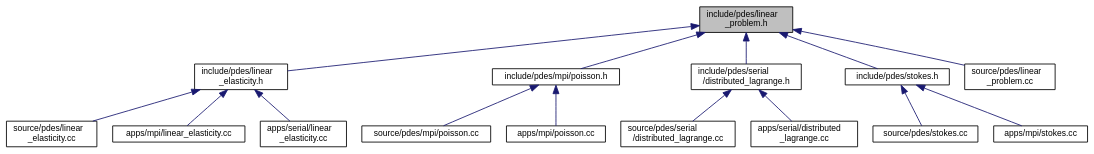
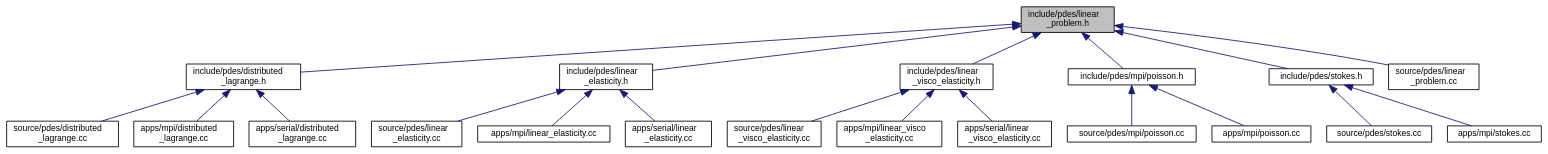
Before and after one commit to fdrmrc/fsi-suite: the diagram in linear__problem_8h__dep__incl.dot, drawn with Graphviz. The commit also changed 1256 other files, not shown here.

```diff
--- a/linear__problem_8h__dep__incl.dot
+++ b/linear__problem_8h__dep__incl.dot
@@ -1,36 +1,46 @@
 digraph "include/pdes/linear_problem.h"
 {
  // LATEX_PDF_SIZE
   bgcolor="transparent";
   edge [fontname="Helvetica",fontsize="10",labelfontname="Helvetica",labelfontsize="10"];
   node [fontname="Helvetica",fontsize="10",shape=record];
   Node1 [label="include/pdes/linear\l_problem.h",height=0.2,width=0.4,color="black", fillcolor="grey75", style="filled", fontcolor="black",tooltip=" "];
   Node1 -> Node2 [dir="back",color="midnightblue",fontsize="10",style="solid",fontname="Helvetica"];
-  Node2 [label="include/pdes/linear\l_elasticity.h",height=0.2,width=0.4,color="black",URL="$linear__elasticity_8h.html",tooltip=" "];
+  Node2 [label="include/pdes/distributed\l_lagrange.h",height=0.2,width=0.4,color="black",URL="$distributed__lagrange_8h.html",tooltip=" "];
   Node2 -> Node3 [dir="back",color="midnightblue",fontsize="10",style="solid",fontname="Helvetica"];
-  Node3 [label="source/pdes/linear\l_elasticity.cc",height=0.2,width=0.4,color="black",URL="$source_2pdes_2linear__elasticity_8cc.html",tooltip=" "];
+  Node3 [label="source/pdes/distributed\l_lagrange.cc",height=0.2,width=0.4,color="black",URL="$source_2pdes_2distributed__lagrange_8cc.html",tooltip=" "];
   Node2 -> Node4 [dir="back",color="midnightblue",fontsize="10",style="solid",fontname="Helvetica"];
-  Node4 [label="apps/mpi/linear_elasticity.cc",height=0.2,width=0.4,color="black",URL="$apps_2mpi_2linear__elasticity_8cc.html",tooltip=" "];
+  Node4 [label="apps/mpi/distributed\l_lagrange.cc",height=0.2,width=0.4,color="black",URL="$apps_2mpi_2distributed__lagrange_8cc.html",tooltip=" "];
   Node2 -> Node5 [dir="back",color="midnightblue",fontsize="10",style="solid",fontname="Helvetica"];
-  Node5 [label="apps/serial/linear\l_elasticity.cc",height=0.2,width=0.4,color="black",URL="$apps_2serial_2linear__elasticity_8cc.html",tooltip=" "];
+  Node5 [label="apps/serial/distributed\l_lagrange.cc",height=0.2,width=0.4,color="black",URL="$apps_2serial_2distributed__lagrange_8cc.html",tooltip=" "];
   Node1 -> Node6 [dir="back",color="midnightblue",fontsize="10",style="solid",fontname="Helvetica"];
-  Node6 [label="include/pdes/mpi/poisson.h",height=0.2,width=0.4,color="black",URL="$mpi_2poisson_8h.html",tooltip=" "];
+  Node6 [label="include/pdes/linear\l_elasticity.h",height=0.2,width=0.4,color="black",URL="$linear__elasticity_8h.html",tooltip=" "];
   Node6 -> Node7 [dir="back",color="midnightblue",fontsize="10",style="solid",fontname="Helvetica"];
-  Node7 [label="source/pdes/mpi/poisson.cc",height=0.2,width=0.4,color="black",URL="$source_2pdes_2mpi_2poisson_8cc.html",tooltip=" "];
+  Node7 [label="source/pdes/linear\l_elasticity.cc",height=0.2,width=0.4,color="black",URL="$source_2pdes_2linear__elasticity_8cc.html",tooltip=" "];
   Node6 -> Node8 [dir="back",color="midnightblue",fontsize="10",style="solid",fontname="Helvetica"];
-  Node8 [label="apps/mpi/poisson.cc",height=0.2,width=0.4,color="black",URL="$apps_2mpi_2poisson_8cc.html",tooltip=" "];
-  Node1 -> Node9 [dir="back",color="midnightblue",fontsize="10",style="solid",fontname="Helvetica"];
-  Node9 [label="include/pdes/serial\l/distributed_lagrange.h",height=0.2,width=0.4,color="black",URL="$distributed__lagrange_8h.html",tooltip=" "];
-  Node9 -> Node10 [dir="back",color="midnightblue",fontsize="10",style="solid",fontname="Helvetica"];
-  Node10 [label="source/pdes/serial\l/distributed_lagrange.cc",height=0.2,width=0.4,color="black",URL="$source_2pdes_2serial_2distributed__lagrange_8cc.html",tooltip=" "];
-  Node9 -> Node11 [dir="back",color="midnightblue",fontsize="10",style="solid",fontname="Helvetica"];
-  Node11 [label="apps/serial/distributed\l_lagrange.cc",height=0.2,width=0.4,color="black",URL="$apps_2serial_2distributed__lagrange_8cc.html",tooltip=" "];
-  Node1 -> Node12 [dir="back",color="midnightblue",fontsize="10",style="solid",fontname="Helvetica"];
-  Node12 [label="include/pdes/stokes.h",height=0.2,width=0.4,color="black",URL="$stokes_8h.html",tooltip=" "];
-  Node12 -> Node13 [dir="back",color="midnightblue",fontsize="10",style="solid",fontname="Helvetica"];
-  Node13 [label="source/pdes/stokes.cc",height=0.2,width=0.4,color="black",URL="$source_2pdes_2stokes_8cc.html",tooltip=" "];
-  Node12 -> Node14 [dir="back",color="midnightblue",fontsize="10",style="solid",fontname="Helvetica"];
-  Node14 [label="apps/mpi/stokes.cc",height=0.2,width=0.4,color="black",URL="$apps_2mpi_2stokes_8cc.html",tooltip=" "];
-  Node1 -> Node15 [dir="back",color="midnightblue",fontsize="10",style="solid",fontname="Helvetica"];
-  Node15 [label="source/pdes/linear\l_problem.cc",height=0.2,width=0.4,color="black",URL="$linear__problem_8cc.html",tooltip=" "];
+  Node8 [label="apps/mpi/linear_elasticity.cc",height=0.2,width=0.4,color="black",URL="$apps_2mpi_2linear__elasticity_8cc.html",tooltip=" "];
+  Node6 -> Node9 [dir="back",color="midnightblue",fontsize="10",style="solid",fontname="Helvetica"];
+  Node9 [label="apps/serial/linear\l_elasticity.cc",height=0.2,width=0.4,color="black",URL="$apps_2serial_2linear__elasticity_8cc.html",tooltip=" "];
+  Node1 -> Node10 [dir="back",color="midnightblue",fontsize="10",style="solid",fontname="Helvetica"];
+  Node10 [label="include/pdes/linear\l_visco_elasticity.h",height=0.2,width=0.4,color="black",URL="$linear__visco__elasticity_8h.html",tooltip=" "];
+  Node10 -> Node11 [dir="back",color="midnightblue",fontsize="10",style="solid",fontname="Helvetica"];
+  Node11 [label="source/pdes/linear\l_visco_elasticity.cc",height=0.2,width=0.4,color="black",URL="$source_2pdes_2linear__visco__elasticity_8cc.html",tooltip=" "];
+  Node10 -> Node12 [dir="back",color="midnightblue",fontsize="10",style="solid",fontname="Helvetica"];
+  Node12 [label="apps/mpi/linear_visco\l_elasticity.cc",height=0.2,width=0.4,color="black",URL="$apps_2mpi_2linear__visco__elasticity_8cc.html",tooltip=" "];
+  Node10 -> Node13 [dir="back",color="midnightblue",fontsize="10",style="solid",fontname="Helvetica"];
+  Node13 [label="apps/serial/linear\l_visco_elasticity.cc",height=0.2,width=0.4,color="black",URL="$apps_2serial_2linear__visco__elasticity_8cc.html",tooltip=" "];
+  Node1 -> Node14 [dir="back",color="midnightblue",fontsize="10",style="solid",fontname="Helvetica"];
+  Node14 [label="include/pdes/mpi/poisson.h",height=0.2,width=0.4,color="black",URL="$mpi_2poisson_8h.html",tooltip=" "];
+  Node14 -> Node15 [dir="back",color="midnightblue",fontsize="10",style="solid",fontname="Helvetica"];
+  Node15 [label="source/pdes/mpi/poisson.cc",height=0.2,width=0.4,color="black",URL="$source_2pdes_2mpi_2poisson_8cc.html",tooltip=" "];
+  Node14 -> Node16 [dir="back",color="midnightblue",fontsize="10",style="solid",fontname="Helvetica"];
+  Node16 [label="apps/mpi/poisson.cc",height=0.2,width=0.4,color="black",URL="$apps_2mpi_2poisson_8cc.html",tooltip=" "];
+  Node1 -> Node17 [dir="back",color="midnightblue",fontsize="10",style="solid",fontname="Helvetica"];
+  Node17 [label="include/pdes/stokes.h",height=0.2,width=0.4,color="black",URL="$stokes_8h.html",tooltip=" "];
+  Node17 -> Node18 [dir="back",color="midnightblue",fontsize="10",style="solid",fontname="Helvetica"];
+  Node18 [label="source/pdes/stokes.cc",height=0.2,width=0.4,color="black",URL="$source_2pdes_2stokes_8cc.html",tooltip=" "];
+  Node17 -> Node19 [dir="back",color="midnightblue",fontsize="10",style="solid",fontname="Helvetica"];
+  Node19 [label="apps/mpi/stokes.cc",height=0.2,width=0.4,color="black",URL="$apps_2mpi_2stokes_8cc.html",tooltip=" "];
+  Node1 -> Node20 [dir="back",color="midnightblue",fontsize="10",style="solid",fontname="Helvetica"];
+  Node20 [label="source/pdes/linear\l_problem.cc",height=0.2,width=0.4,color="black",URL="$linear__problem_8cc.html",tooltip=" "];
 }
```
